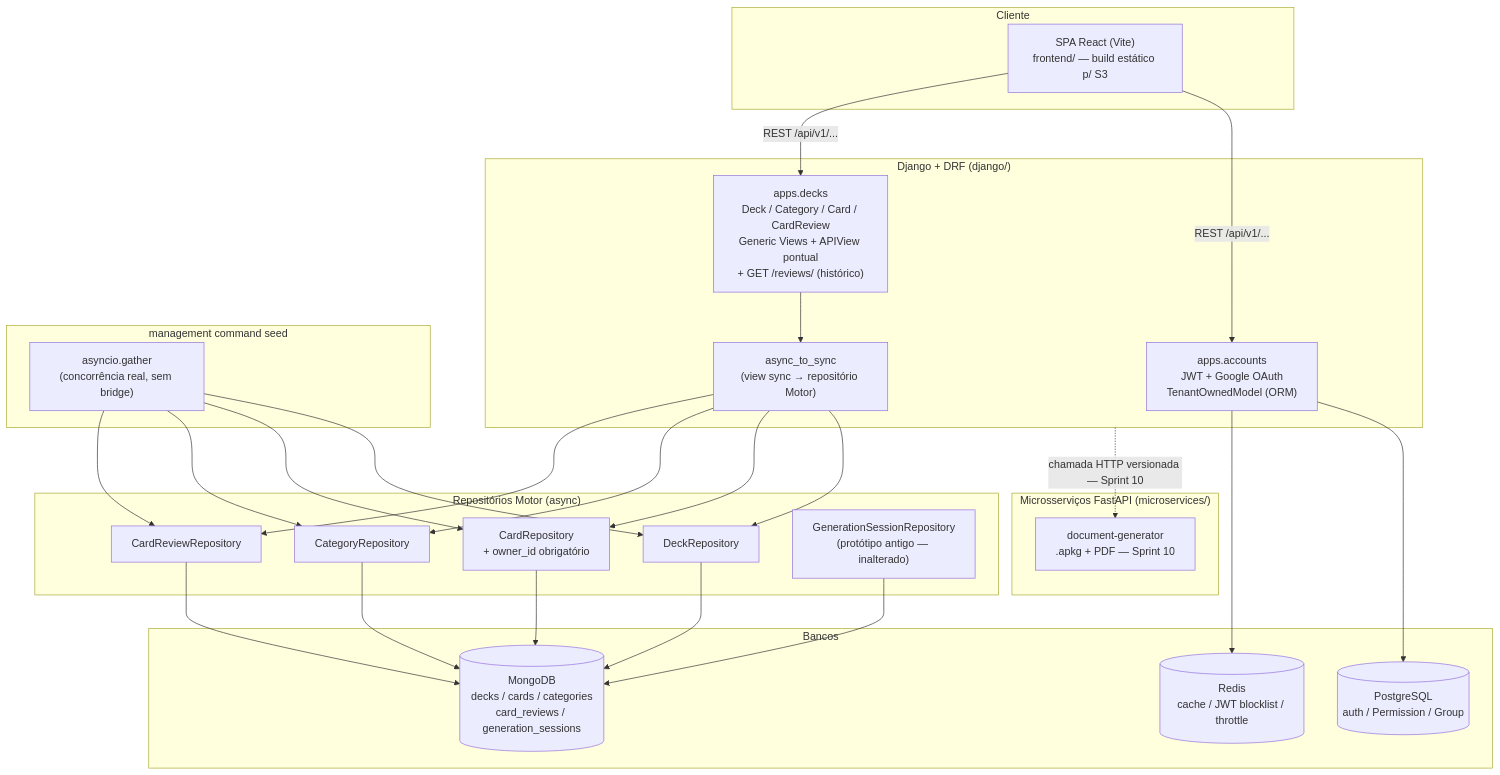
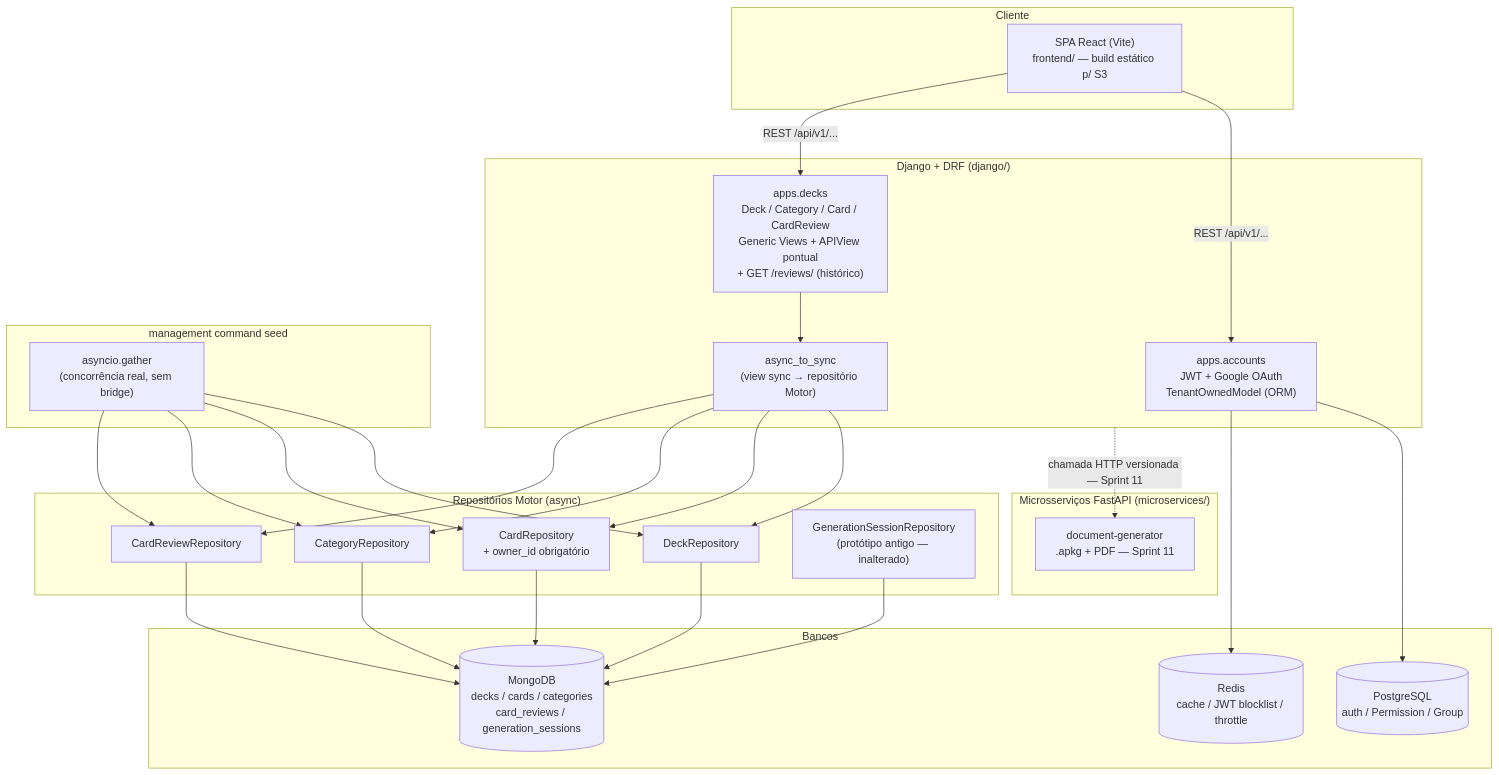
Before and after one commit to WillamesCampos/anki_generator: the diagram in README.md, drawn with Mermaid. The commit also changed other lines of this file and 15 other files, not shown here.

````diff
--- a/README.md
+++ b/README.md
@@ -22,44 +22,44 @@
 ```mermaid
 flowchart TB
     subgraph Client["Cliente"]
         SPA["SPA React (Vite)\nfrontend/ — build estático p/ S3"]
     end
 
     subgraph DjangoApp["Django + DRF (django/)"]
         Auth["apps.accounts\nJWT + Google OAuth\nTenantOwnedModel (ORM)"]
         Decks["apps.decks\nDeck / Category / Card / CardReview\nGeneric Views + APIView pontual\n+ GET /reviews/ (histórico)"]
         Bridge["async_to_sync\n(view sync → repositório Motor)"]
     end
 
     subgraph Repos["Repositórios Motor (async)"]
         DeckRepo["DeckRepository"]
         CardRepo["CardRepository\n+ owner_id obrigatório"]
         CategoryRepo["CategoryRepository"]
         ReviewRepo["CardReviewRepository"]
         GenRepo["GenerationSessionRepository\n(protótipo antigo — inalterado)"]
     end
 
     subgraph Seed["management command seed"]
         SeedCmd["asyncio.gather\n(concorrência real, sem bridge)"]
     end
 
     subgraph Data["Bancos"]
         PG[("PostgreSQL\nauth / Permission / Group")]
         Mongo[("MongoDB\ndecks / cards / categories\ncard_reviews / generation_sessions")]
         Redis[("Redis\ncache / JWT blocklist / throttle")]
     end
 
     subgraph Micro["Microsserviços FastAPI (microservices/)"]
-        DocGen["document-generator\n.apkg + PDF — Sprint 10"]
+        DocGen["document-generator\n.apkg + PDF — Sprint 11"]
     end
 
     SPA -->|"REST /api/v1/..."| Auth
     SPA -->|"REST /api/v1/..."| Decks
     Auth --> PG
     Auth --> Redis
     Decks --> Bridge
     Bridge --> DeckRepo & CardRepo & CategoryRepo & ReviewRepo
     DeckRepo & CardRepo & CategoryRepo & ReviewRepo & GenRepo --> Mongo
     SeedCmd --> DeckRepo & CardRepo & CategoryRepo & ReviewRepo
-    DjangoApp -.->|"chamada HTTP versionada — Sprint 10"| DocGen
+    DjangoApp -.->|"chamada HTTP versionada — Sprint 11"| DocGen
 ```
````
